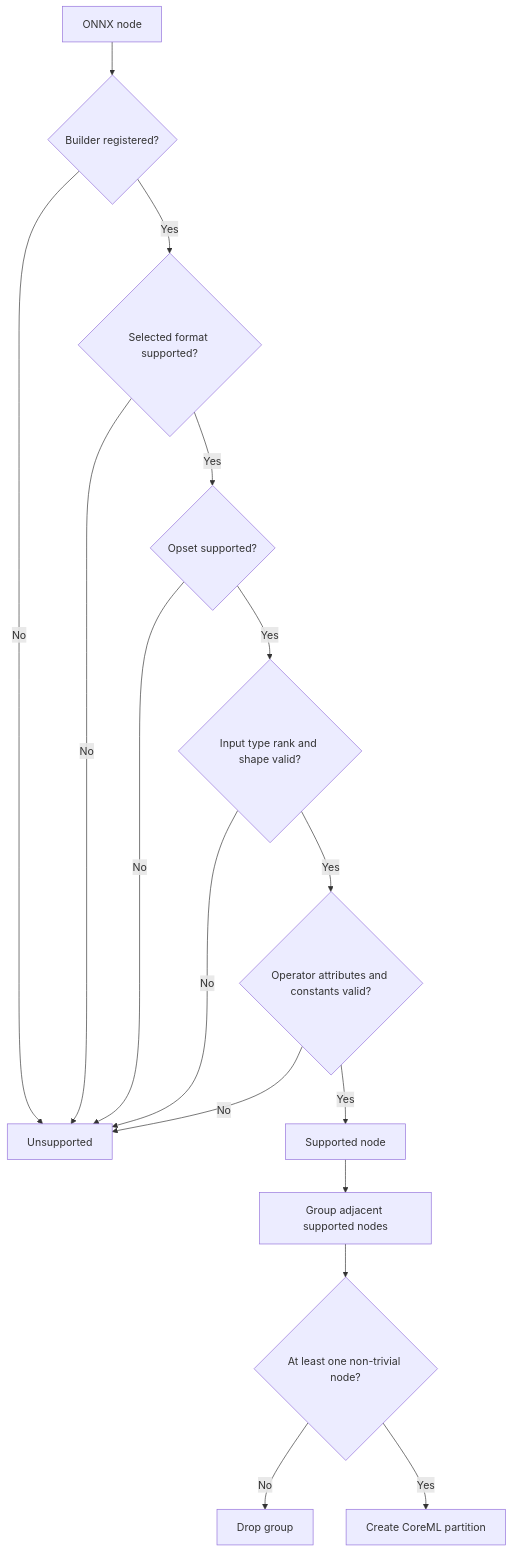
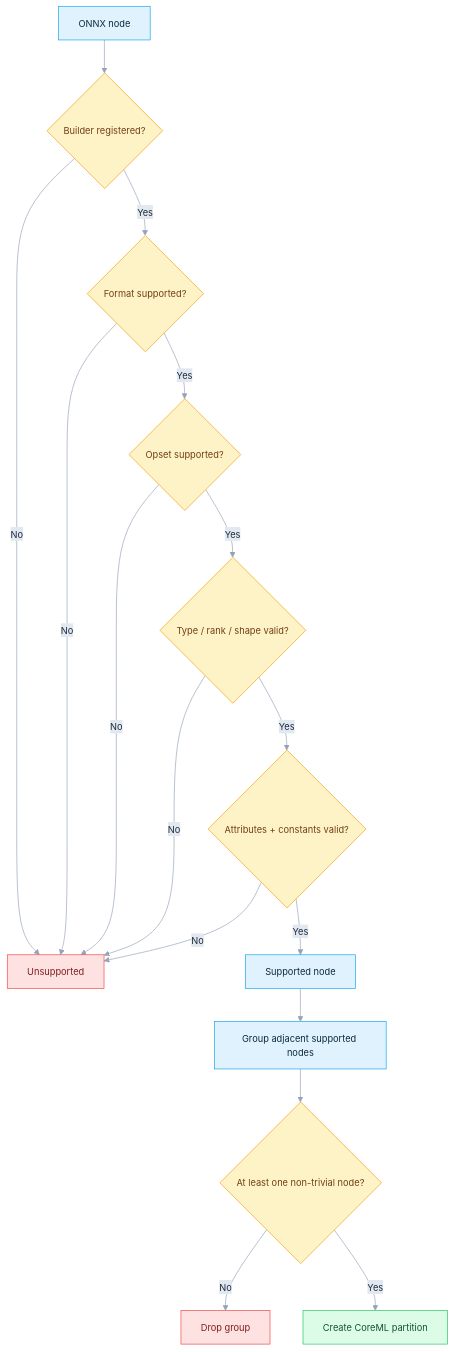
The seventh of 12 diagrams in Apple/README.md (DakeQQ/Tutorial-ONNX-Runtime-Execution-Providers), drawn with Mermaid before and after one commit. The commit also changed other lines of this file and 15 other files, not shown here.

````diff
--- a/Apple/README.md
+++ b/Apple/README.md
@@ -287,18 +405,27 @@
 ```mermaid
+%%{init: {"theme":"base","themeVariables":{"fontSize":"14px","lineColor":"#94a3b8","edgeLabelBackground":"#e2e8f0","primaryTextColor":"#1e293b"}}}%%
 flowchart TD
-  A[ONNX node] --> B{Builder registered?}
-  B -->|No| X[Unsupported]
-  B -->|Yes| C{Selected format supported?}
+  A["ONNX node"] --> B{"Builder registered?"}
+  B -->|No| X["Unsupported"]
+  B -->|Yes| C{"Format supported?"}
   C -->|No| X
-  C -->|Yes| D{Opset supported?}
+  C -->|Yes| D{"Opset supported?"}
   D -->|No| X
-  D -->|Yes| E{Input type rank and shape valid?}
+  D -->|Yes| E{"Type / rank / shape valid?"}
   E -->|No| X
-  E -->|Yes| F{Operator attributes and constants valid?}
+  E -->|Yes| F{"Attributes + constants valid?"}
   F -->|No| X
-  F -->|Yes| G[Supported node]
-  G --> H[Group adjacent supported nodes]
-  H --> I{At least one non-trivial node?}
-  I -->|No| J[Drop group]
-  I -->|Yes| K[Create CoreML partition]
+  F -->|Yes| G["Supported node"]
+  G --> H["Group adjacent supported nodes"]
+  H --> I{"At least one non-trivial node?"}
+  I -->|No| J["Drop group"]
+  I -->|Yes| K["Create CoreML partition"]
+  classDef step fill:#e0f2fe,stroke:#0ea5e9,color:#0c2a3d;
+  classDef dec fill:#fef3c7,stroke:#f59e0b,color:#713f12;
+  classDef good fill:#dcfce7,stroke:#22c55e,color:#14532d;
+  classDef bad fill:#fee2e2,stroke:#ef4444,color:#7f1d1d;
+  class A,G,H step;
+  class B,C,D,E,F,I dec;
+  class K good;
+  class X,J bad;
 ```
````
